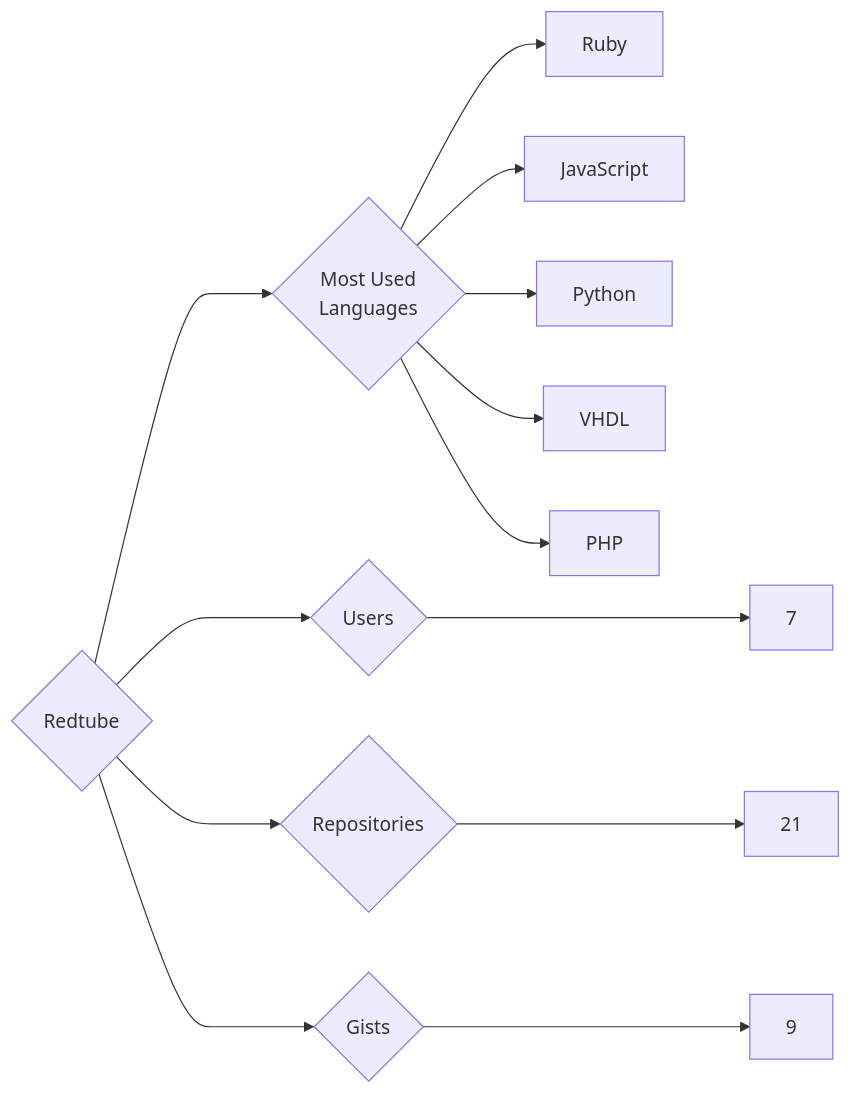
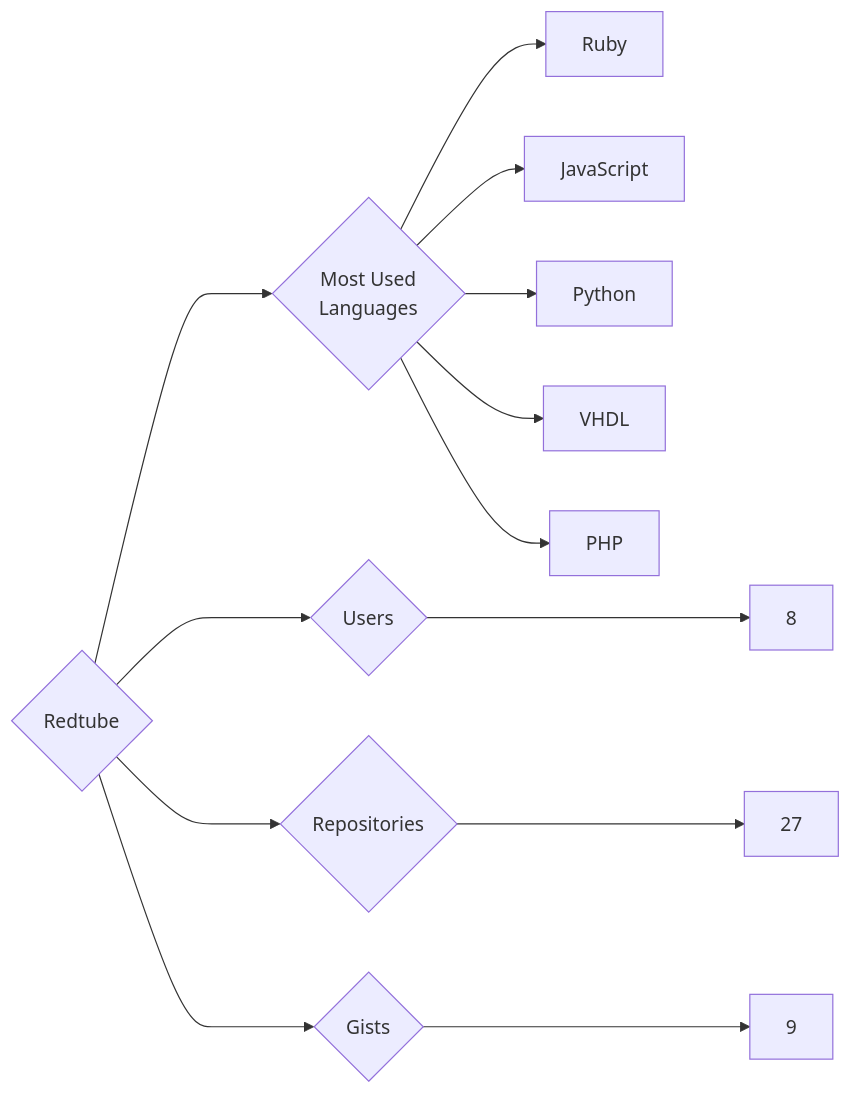
One commit to trickest/insiders changed the diagram in targets/Redtube/README.md. Above: the diagram before and after it, drawn with Mermaid. The commit also changed 964 other files, not shown here.

````diff
--- a/targets/Redtube/README.md
+++ b/targets/Redtube/README.md
@@ -3,13 +3,13 @@
 ```mermaid
 graph LR
 COMPANY_NAME{Redtube}
-COMPANY_NAME ---> U{Users} ---> UN[7]
-COMPANY_NAME ---> R{Repositories} ---> RN[21]
+COMPANY_NAME ---> U{Users} ---> UN[8]
+COMPANY_NAME ---> R{Repositories} ---> RN[27]
 COMPANY_NAME ---> G{Gists} ---> GN[9]
 COMPANY_NAME ---> ML{Most Used<br>Languages}
 ML --> Ruby[Ruby]
 ML --> JavaScript[JavaScript]
 ML --> Python[Python]
 ML --> VHDL[VHDL]
 ML --> PHP[PHP]
 ```
````
